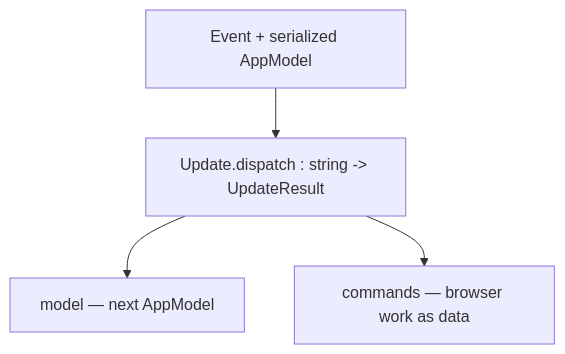
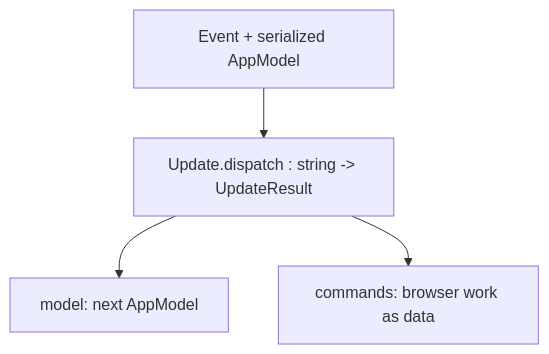
One commit to Nimblesite/osprey changed the second of 2 diagrams in src/toolchain/website/src/docs/web-apps.md. Above: the diagram before and after it, drawn with Mermaid. The commit also changed other lines of this file and 2 other files, not shown here.

Commit message:
docs(web-apps): run it first, then one event end to end, view, state, commands, effects; ABI reference last, duplicated handler code and React link list cut; drop interopmaxxing slang

````diff
--- a/src/toolchain/website/src/docs/web-apps.md
+++ b/src/toolchain/website/src/docs/web-apps.md
@@ -198,6 +126,6 @@
 ```mermaid
 flowchart TD
     input["Event + serialized AppModel"] --> dispatch["Update.dispatch : string -> UpdateResult"]
-    dispatch --> model["model — next AppModel"]
-    dispatch --> commands["commands — browser work as data"]
+    dispatch --> model["model: next AppModel"]
+    dispatch --> commands["commands: browser work as data"]
 ```
````
